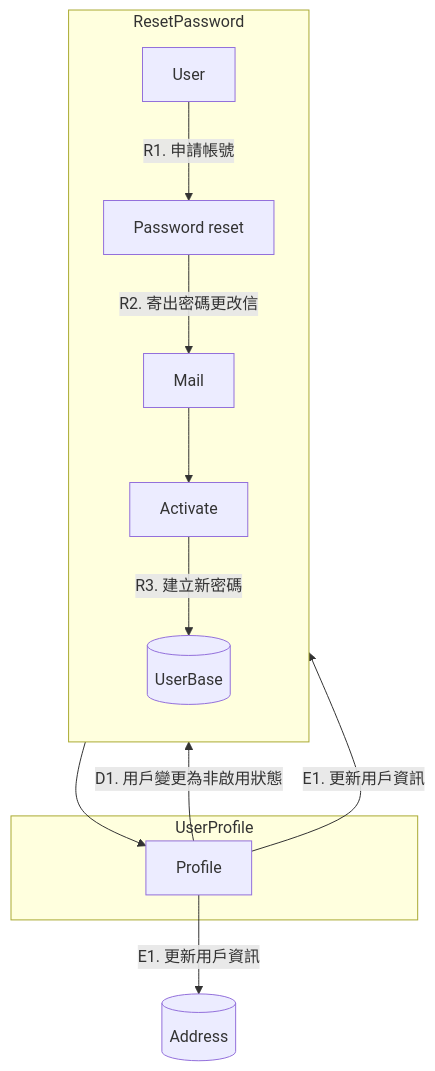
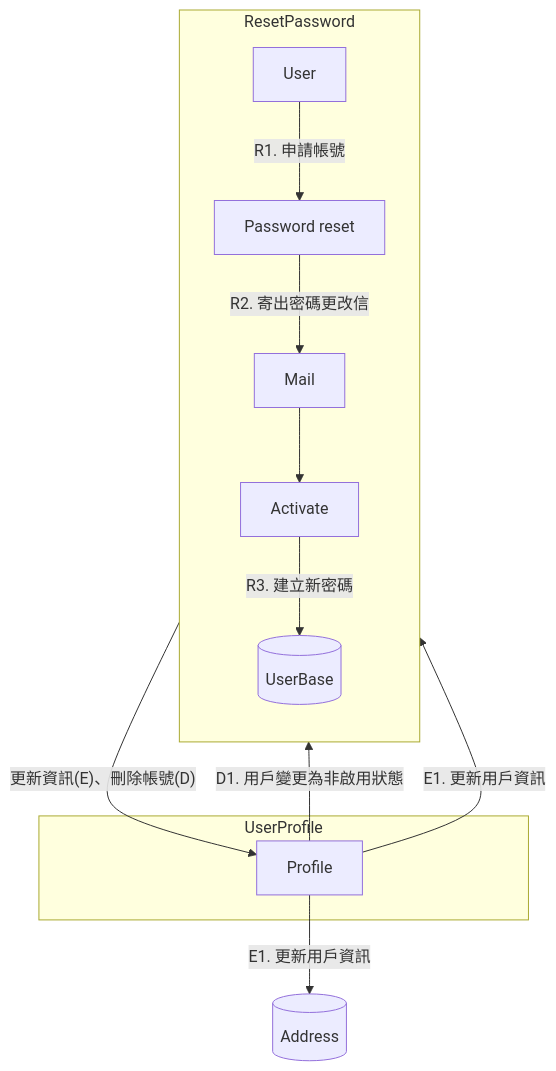
One commit to stevetsaoch/Ecommerce changed the third of 4 diagrams in README.md. Above: the diagram before and after it, drawn with Mermaid. The commit also changed other lines of this file, not shown here.

````diff
--- a/README.md
+++ b/README.md
@@ -110,16 +110,14 @@
 ```mermaid
 flowchart
     subgraph ResetPassword
         direction TB
         U[User] --"R1. 申請帳號"--> PR[Password reset]
         PR --"R2. 寄出密碼更改信"--> M[Mail] --> A[Activate] --"R3. 建立新密碼"--> UB[(UserBase)]
     end
     subgraph UserProfile
-        U --> P[Profile]
+        U --"更新資訊(E)、刪除帳號(D)"--> P[Profile]
     end
     P  --"D1. 用戶變更為非啟用狀態"--> UB 
     P --"E1. 更新用戶資訊"--> Ad[(Address)]
     P --"E1. 更新用戶資訊"--> UB
-
-
 ```
````
